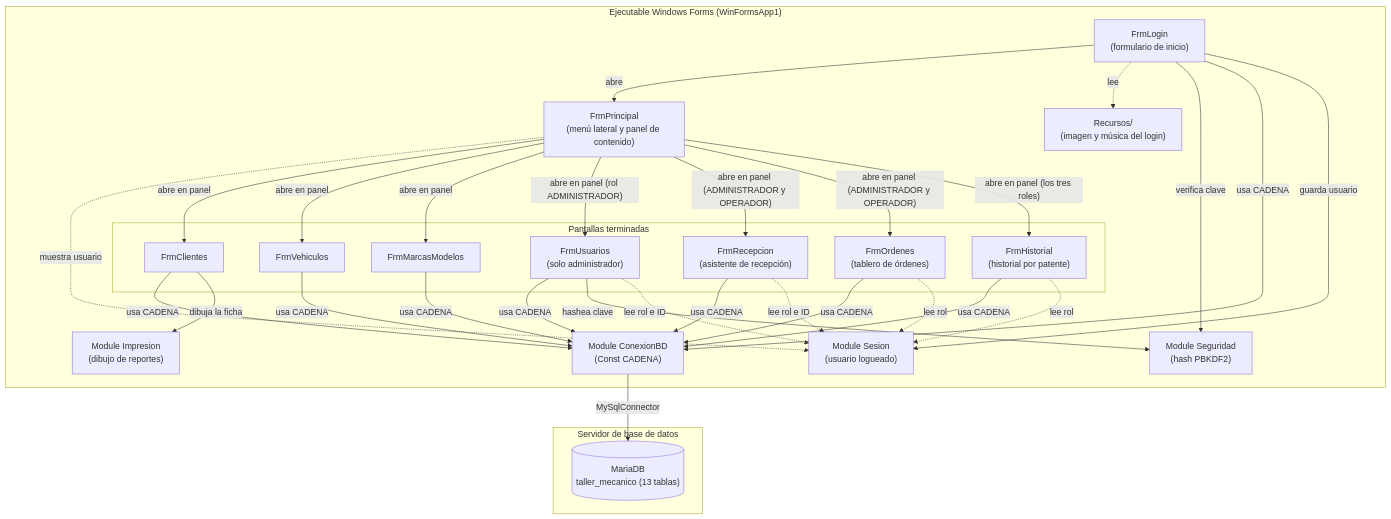
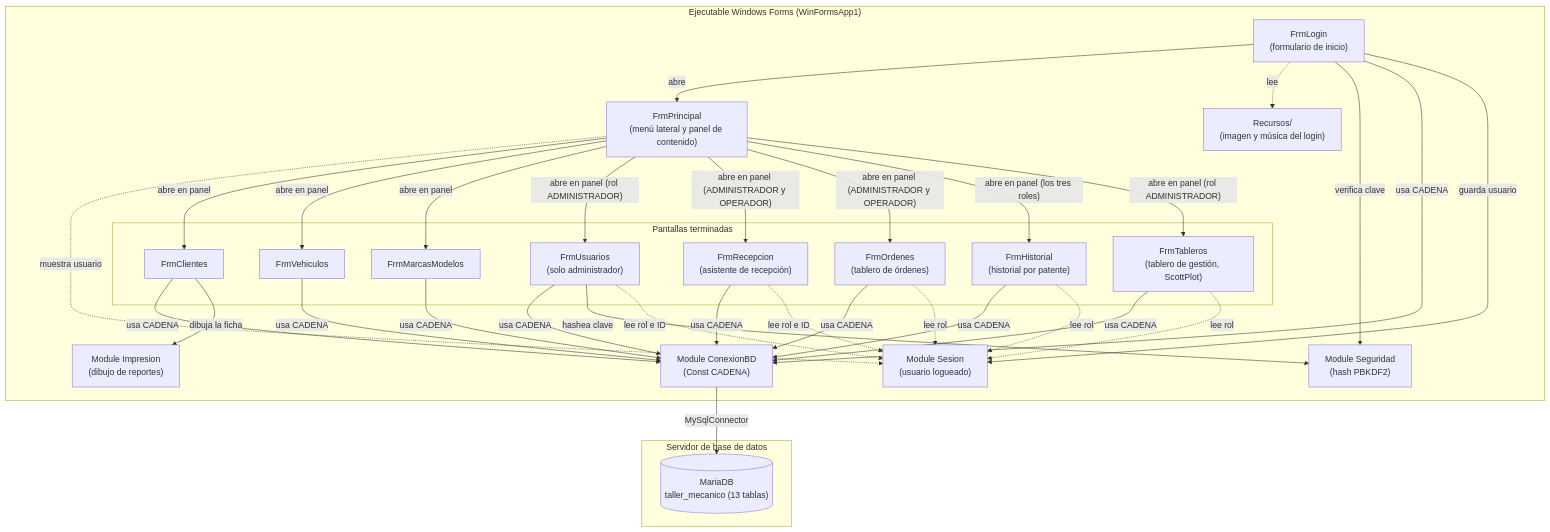
The diagram in README.md (MedinaLucas1996/taller-mecanico), drawn with Mermaid before and after one commit. The commit also changed other lines of this file and 2 other files, not shown here.

````diff
--- a/README.md
+++ b/README.md
@@ -164,53 +186,57 @@
 ```mermaid
 graph TD
     subgraph Cliente["Ejecutable Windows Forms (WinFormsApp1)"]
         Login["FrmLogin<br/>(formulario de inicio)"]
         Principal["FrmPrincipal<br/>(menú lateral y panel de contenido)"]
         subgraph Pantallas["Pantallas terminadas"]
             Clientes["FrmClientes"]
             Vehiculos["FrmVehiculos"]
             Marcas["FrmMarcasModelos"]
             Usuarios["FrmUsuarios<br/>(solo administrador)"]
             Recepcion["FrmRecepcion<br/>(asistente de recepción)"]
             Ordenes["FrmOrdenes<br/>(tablero de órdenes)"]
             Historial["FrmHistorial<br/>(historial por patente)"]
+            Tableros["FrmTableros<br/>(tablero de gestión, ScottPlot)"]
         end
         Conexion["Module ConexionBD<br/>(Const CADENA)"]
         Seguridad["Module Seguridad<br/>(hash PBKDF2)"]
         Sesion["Module Sesion<br/>(usuario logueado)"]
         Impresion["Module Impresion<br/>(dibujo de reportes)"]
         Recursos["Recursos/<br/>(imagen y música del login)"]
     end
 
     subgraph Datos["Servidor de base de datos"]
         DB[("MariaDB<br/>taller_mecanico (13 tablas)")]
     end
 
     Login -->|"abre"| Principal
     Login -.->|"lee"| Recursos
     Login -->|"verifica clave"| Seguridad
     Login -->|"usa CADENA"| Conexion
     Login -->|"guarda usuario"| Sesion
     Principal -.->|"muestra usuario"| Sesion
     Principal -->|"abre en panel"| Clientes
     Principal -->|"abre en panel"| Vehiculos
     Principal -->|"abre en panel"| Marcas
     Principal -->|"abre en panel (rol ADMINISTRADOR)"| Usuarios
     Principal -->|"abre en panel (ADMINISTRADOR y OPERADOR)"| Recepcion
     Principal -->|"abre en panel (ADMINISTRADOR y OPERADOR)"| Ordenes
     Recepcion -->|"usa CADENA"| Conexion
     Recepcion -.->|"lee rol e ID"| Sesion
     Ordenes -->|"usa CADENA"| Conexion
     Ordenes -.->|"lee rol"| Sesion
     Principal -->|"abre en panel (los tres roles)"| Historial
     Historial -->|"usa CADENA"| Conexion
     Historial -.->|"lee rol"| Sesion
+    Principal -->|"abre en panel (rol ADMINISTRADOR)"| Tableros
+    Tableros -->|"usa CADENA"| Conexion
+    Tableros -.->|"lee rol"| Sesion
     Clientes -->|"usa CADENA"| Conexion
     Clientes -->|"dibuja la ficha"| Impresion
     Vehiculos -->|"usa CADENA"| Conexion
     Marcas -->|"usa CADENA"| Conexion
     Usuarios -->|"usa CADENA"| Conexion
     Usuarios -->|"hashea clave"| Seguridad
     Usuarios -.->|"lee rol e ID"| Sesion
     Conexion -->|"MySqlConnector"| DB
 ```
````
